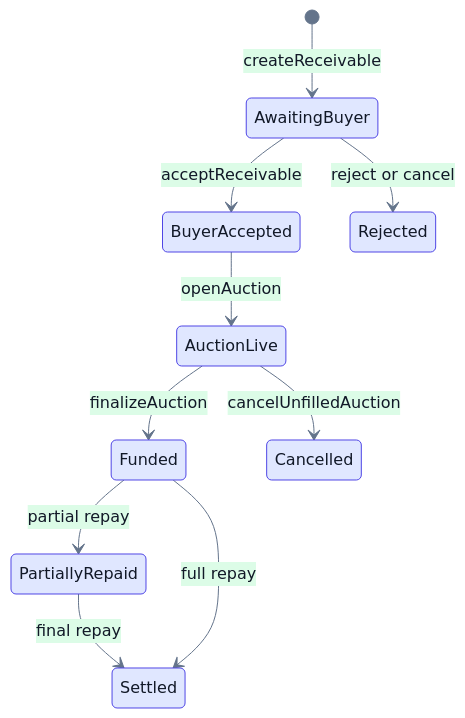
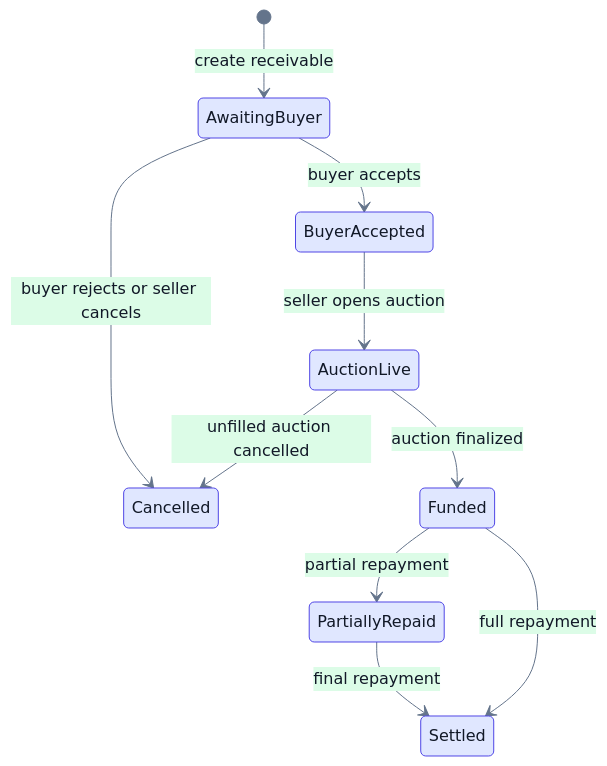
Before and after one commit to NikhilRaikwar/Morrow: the second of 2 diagrams in README.md, drawn with Mermaid. The commit also changed other lines of this file and 7 other files, not shown here.

````diff
--- a/README.md
+++ b/README.md
@@ -58,13 +62,13 @@
 ```mermaid
-%%{init: {"theme":"base","themeVariables":{"primaryColor":"#e0e7ff","primaryTextColor":"#111827","primaryBorderColor":"#4f46e5","secondaryColor":"#dcfce7","tertiaryColor":"#fee2e2","lineColor":"#64748b","fontFamily":"Inter, Arial"}}}%%
+%%{init: {"theme":"base","themeVariables":{"fontFamily":"Inter, Arial","primaryColor":"#e0e7ff","primaryTextColor":"#111827","primaryBorderColor":"#4f46e5","secondaryColor":"#dcfce7","tertiaryColor":"#fee2e2","lineColor":"#64748b"}}}%%
 stateDiagram-v2
-  [*] --> AwaitingBuyer: createReceivable
-  AwaitingBuyer --> BuyerAccepted: acceptReceivable
-  AwaitingBuyer --> Rejected: reject or cancel
-  BuyerAccepted --> AuctionLive: openAuction
-  AuctionLive --> Funded: finalizeAuction
-  AuctionLive --> Cancelled: cancelUnfilledAuction
-  Funded --> PartiallyRepaid: partial repay
-  PartiallyRepaid --> Settled: final repay
-  Funded --> Settled: full repay
+  [*] --> AwaitingBuyer: create receivable
+  AwaitingBuyer --> BuyerAccepted: buyer accepts
+  AwaitingBuyer --> Cancelled: buyer rejects or seller cancels
+  BuyerAccepted --> AuctionLive: seller opens auction
+  AuctionLive --> Funded: auction finalized
+  AuctionLive --> Cancelled: unfilled auction cancelled
+  Funded --> PartiallyRepaid: partial repayment
+  PartiallyRepaid --> Settled: final repayment
+  Funded --> Settled: full repayment
 ```
````
